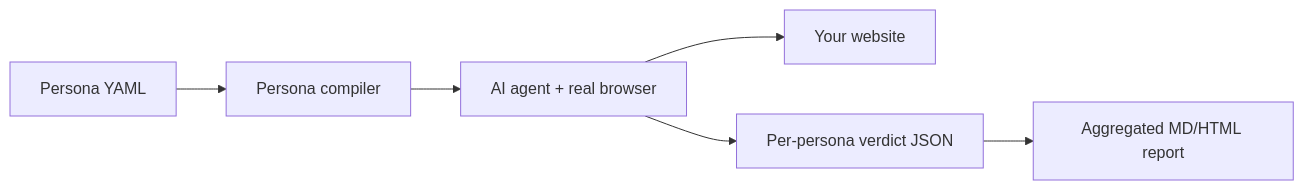
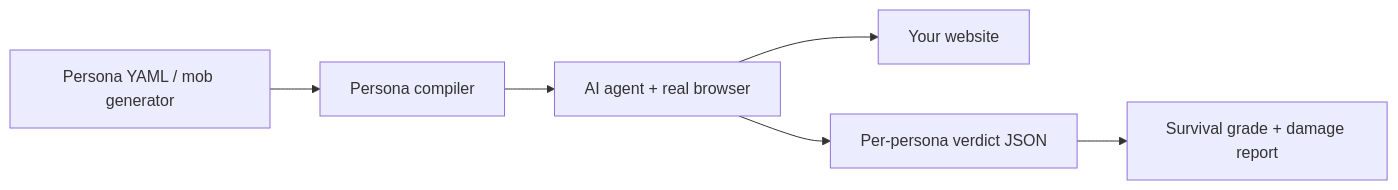
One commit to anhhuyn411-alt/crowd-test changed the diagram in README.md. Above: the diagram before and after it, drawn with Mermaid. The commit also changed other lines of this file and 15 other files, not shown here.

First line of the commit message:
v0.2.0: mob mode, survival grades, and 5 new ringleader personas

````diff
--- a/README.md
+++ b/README.md
@@ -80,8 +121,8 @@
 ```mermaid
 flowchart LR
-    A[Persona YAML] --> B[Persona compiler]
+    A[Persona YAML / mob generator] --> B[Persona compiler]
     B --> C[AI agent + real browser]
     C --> D[Your website]
     C --> E[Per-persona verdict JSON]
-    E --> F[Aggregated MD/HTML report]
+    E --> F[Survival grade + damage report]
 ```
````
